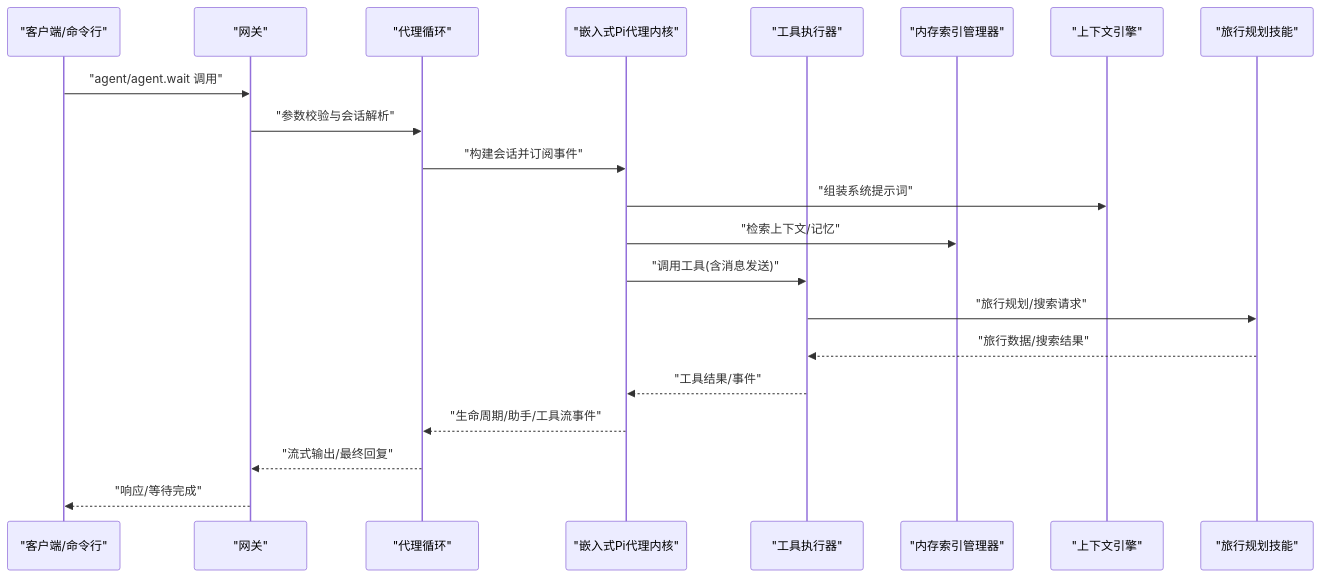
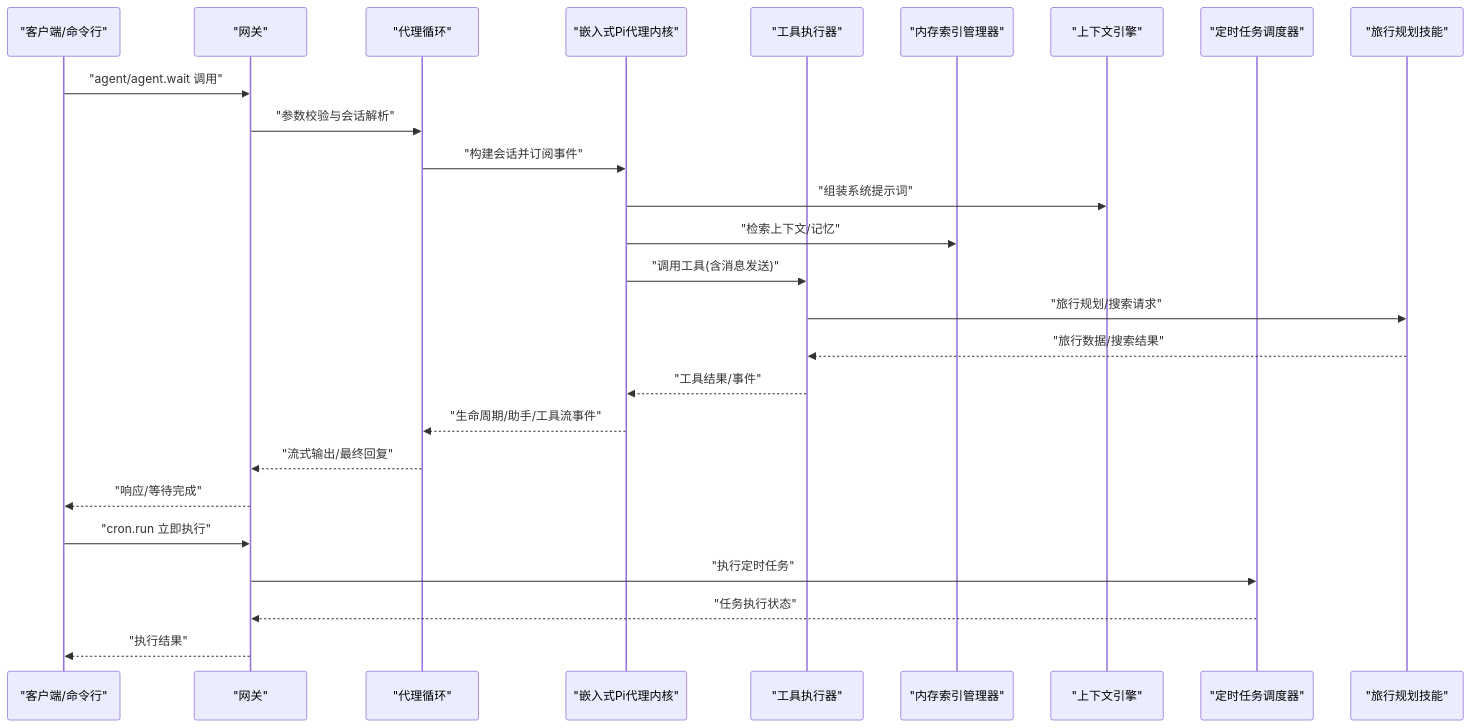
Before and after one commit to verse-ai-org/openclaw: the second of 15 diagrams in .qoder/repowiki/zh/content/AI代理系统/AI代理系统.md, drawn with Mermaid. The commit also changed other lines of this file and 55 other files, not shown here.

````diff
--- a/.qoder/repowiki/zh/content/AI代理系统/AI代理系统.md
+++ b/.qoder/repowiki/zh/content/AI代理系统/AI代理系统.md
@@ -129,23 +142,28 @@
 ```mermaid
 sequenceDiagram
 participant Client as "客户端/命令行"
 participant Gateway as "网关"
 participant Agent as "代理循环"
 participant Pi as "嵌入式Pi代理内核"
 participant Tools as "工具执行器"
 participant Mem as "内存索引管理器"
 participant CE as "上下文引擎"
+participant Cron as "定时任务调度器"
 participant Travel as "旅行规划技能"
 Client->>Gateway : "agent/agent.wait 调用"
 Gateway->>Agent : "参数校验与会话解析"
 Agent->>Pi : "构建会话并订阅事件"
 Pi->>CE : "组装系统提示词"
 Pi->>Mem : "检索上下文/记忆"
 Pi->>Tools : "调用工具(含消息发送)"
 Tools->>Travel : "旅行规划/搜索请求"
 Travel-->>Tools : "旅行数据/搜索结果"
 Tools-->>Pi : "工具结果/事件"
 Pi-->>Agent : "生命周期/助手/工具流事件"
 Agent-->>Gateway : "流式输出/最终回复"
 Gateway-->>Client : "响应/等待完成"
+Client->>Gateway : "cron.run 立即执行"
+Gateway->>Cron : "执行定时任务"
+Cron-->>Gateway : "任务执行状态"
+Gateway-->>Client : "执行结果"
 ```
````
